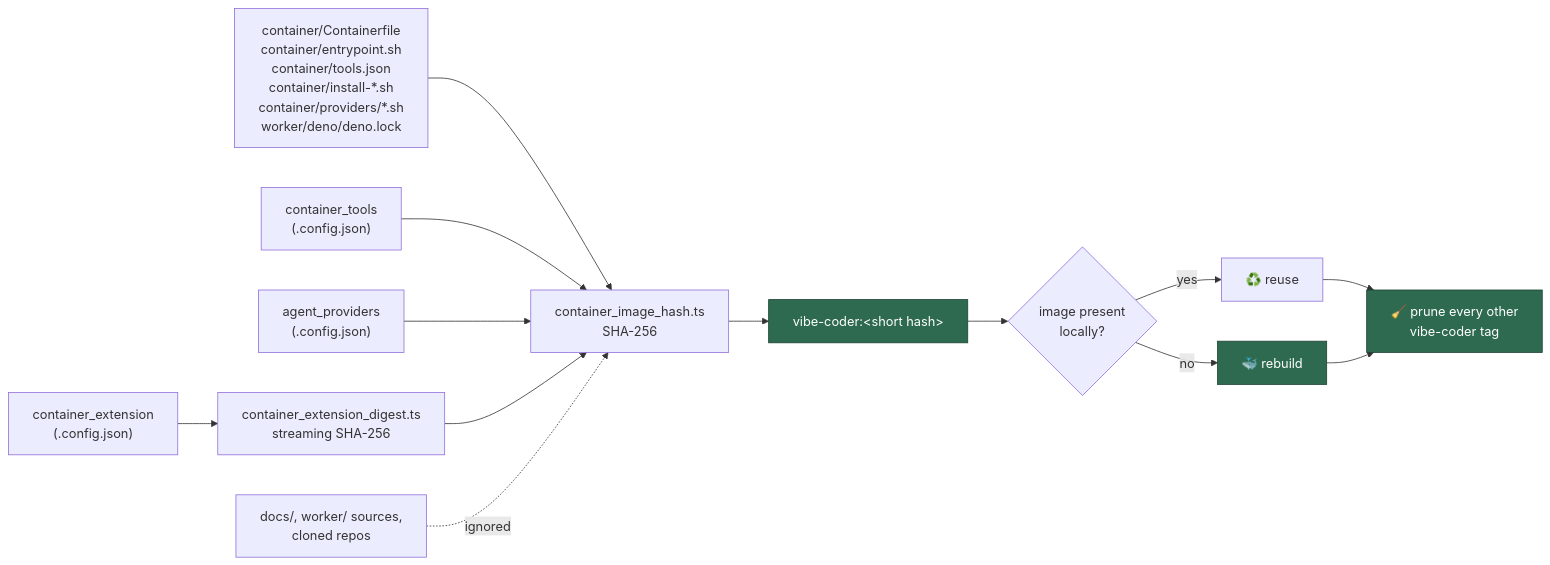
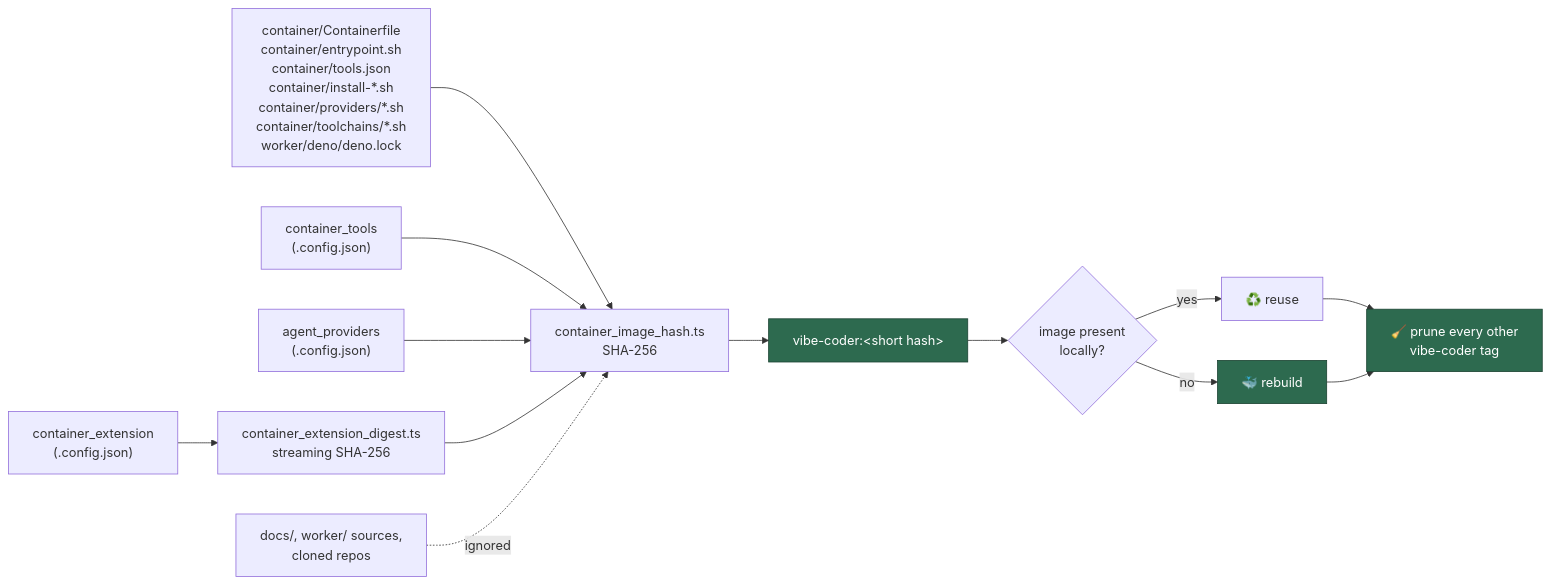
The sixth of 19 diagrams in docs/CONTAINER.md (stSoftwareAU/VibeCoder), drawn with Mermaid before and after one commit. The commit also changed other lines of this file and 13 other files, not shown here.

````diff
--- a/docs/CONTAINER.md
+++ b/docs/CONTAINER.md
@@ -454,18 +487,18 @@
 ```mermaid
 flowchart LR
-    I["container/Containerfile<br/>container/entrypoint.sh<br/>container/tools.json<br/>container/install-*.sh<br/>container/providers/*.sh<br/>worker/deno/deno.lock"] --> H["container_image_hash.ts<br/>SHA-256"]
+    I["container/Containerfile<br/>container/entrypoint.sh<br/>container/tools.json<br/>container/install-*.sh<br/>container/providers/*.sh<br/>container/toolchains/*.sh<br/>worker/deno/deno.lock"] --> H["container_image_hash.ts<br/>SHA-256"]
     C["container_tools<br/>(.config.json)"] --> H
     G["agent_providers<br/>(.config.json)"] --> H
     X["container_extension<br/>(.config.json)"] --> E["container_extension_digest.ts<br/>streaming SHA-256"]
     E --> H
     W["docs/, worker/ sources,<br/>cloned repos"] -.ignored.-> H
     H --> R["vibe-coder:&lt;short hash&gt;"]
     R --> D{"image present<br/>locally?"}
     D -->|yes| U["♻️ reuse"]
     D -->|no| B["🐳 rebuild"]
     U --> P["🧹 prune every other<br/>vibe-coder tag"]
     B --> P
     style R fill:#2d6a4f,stroke:#1b4332,color:#fff
     style B fill:#2d6a4f,stroke:#1b4332,color:#fff
     style P fill:#2d6a4f,stroke:#1b4332,color:#fff
 ```
````
